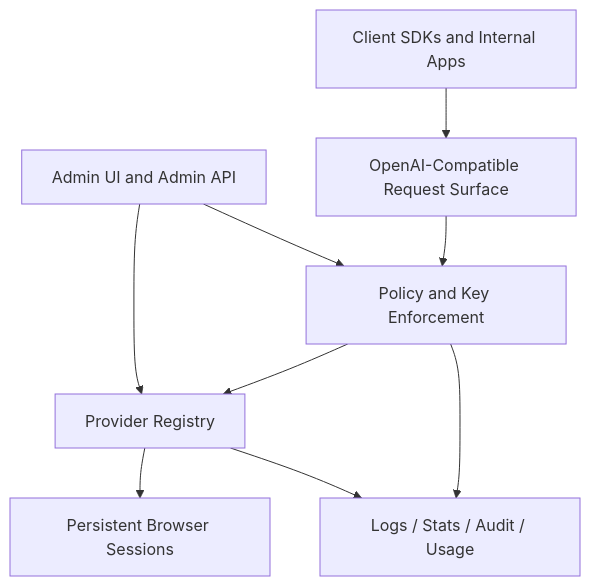
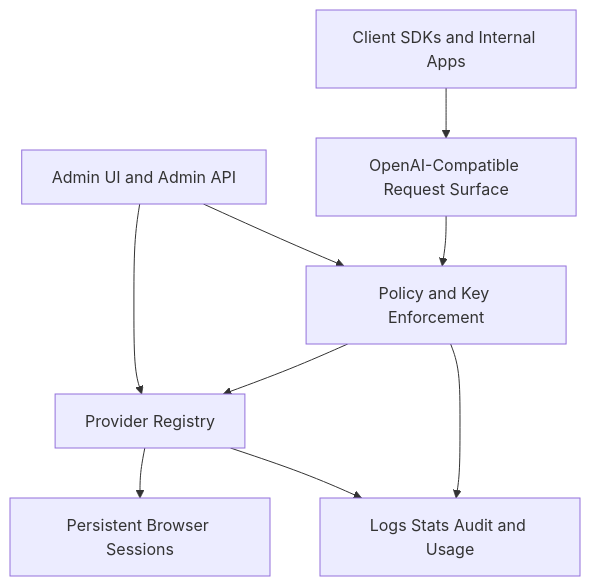
The first of 11 diagrams in README.md (Th3X-Zohir/cortex), drawn with Mermaid before and after one commit. The commit also changed other lines of this file and 2 other files, not shown here.

Commit message:
docs: update README with improved flowchart labels and add animated SVG walkthroughs for setup and request flow

````diff
--- a/README.md
+++ b/README.md
@@ -129,16 +129,16 @@
 ```mermaid
 flowchart TB
     A[Client SDKs and Internal Apps]
     B[OpenAI-Compatible Request Surface]
     C[Policy and Key Enforcement]
     D[Provider Registry]
     E[Persistent Browser Sessions]
     F[Admin UI and Admin API]
-    G[Logs / Stats / Audit / Usage]
+    G["Logs Stats Audit and Usage"]
 
     A --> B --> C --> D --> E
     F --> C
     F --> D
     C --> G
     D --> G
 ```
````
